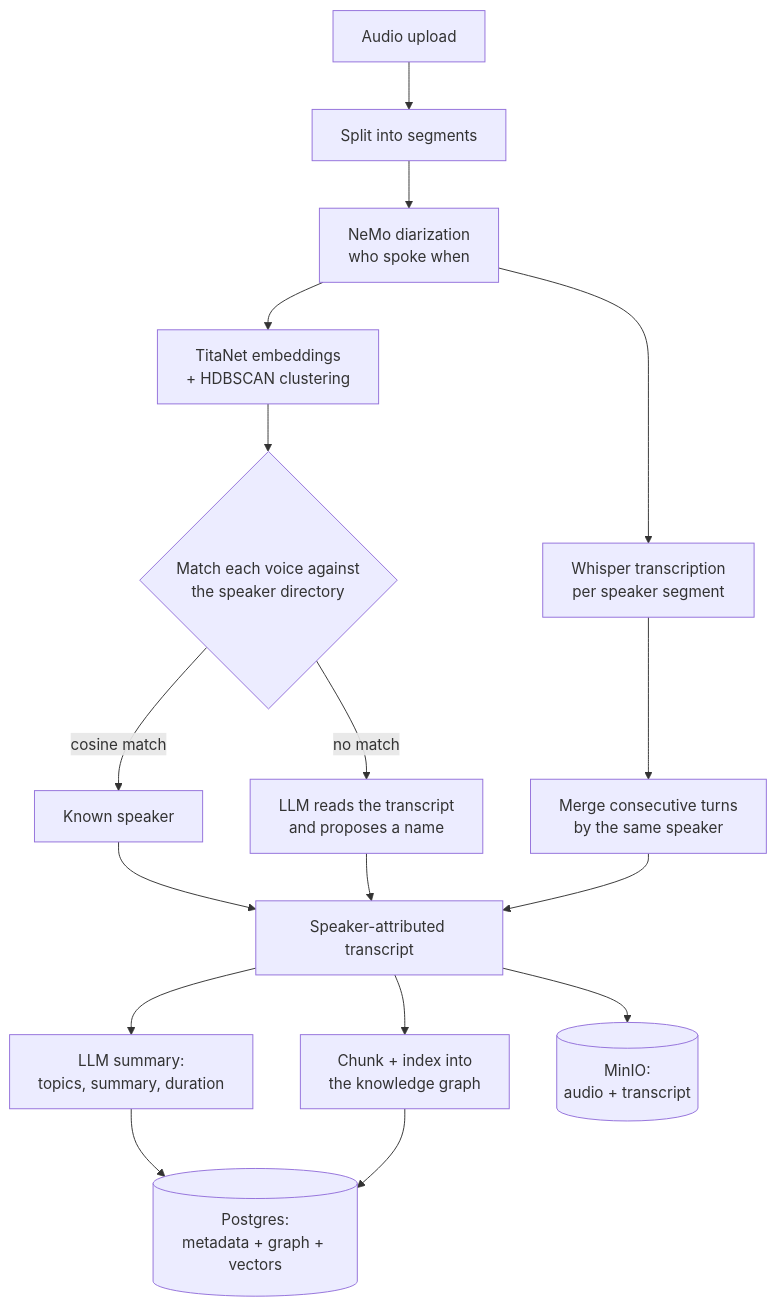
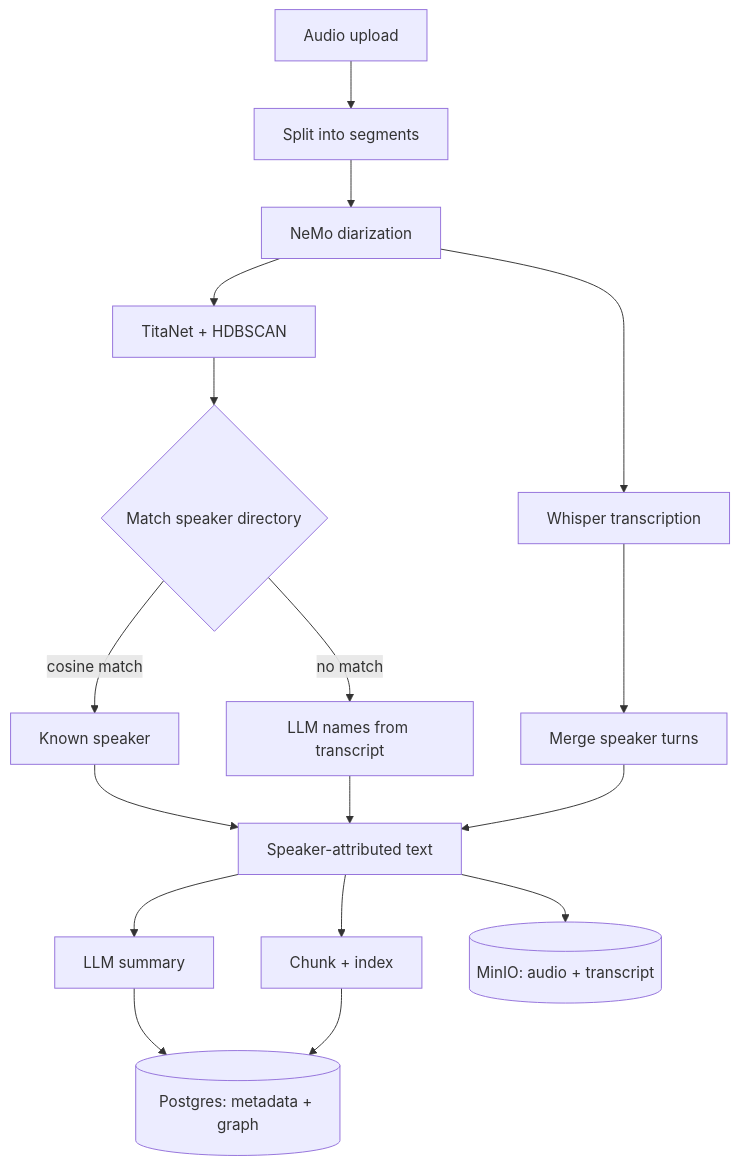
Before and after one commit to stojcheva-marija/LightRAG-Transcript-Pipeline: the first of 2 diagrams in README.md, drawn with Mermaid. The commit also changed other lines of this file, not shown here.

Commit message:
Fix clipped text in README mermaid diagrams
GitHub's mermaid renderer was truncating node labels that used <br/> for
manual line breaks -- confirmed the .mmd source itself was valid by
rendering it locally with mermaid-cli, where both diagrams displayed fully.
Shortened every label to fit on one line (verified via mermaid-cli that no
foreignObject wraps to a second line) instead of relying on <br/>.

````diff
--- a/README.md
+++ b/README.md
@@ -49,19 +49,19 @@
 ```mermaid
 flowchart TD
     A[Audio upload] --> B[Split into segments]
-    B --> C[NeMo diarization<br/>who spoke when]
-    C --> D[TitaNet embeddings<br/>+ HDBSCAN clustering]
-    D --> E{Match each voice against<br/>the speaker directory}
+    B --> C[NeMo diarization]
+    C --> D[TitaNet + HDBSCAN]
+    D --> E{Match speaker directory}
     E -->|cosine match| F[Known speaker]
-    E -->|no match| G[LLM reads the transcript<br/>and proposes a name]
-    C --> H[Whisper transcription<br/>per speaker segment]
-    H --> I[Merge consecutive turns<br/>by the same speaker]
-    F --> J[Speaker-attributed transcript]
+    E -->|no match| G[LLM names from transcript]
+    C --> H[Whisper transcription]
+    H --> I[Merge speaker turns]
+    F --> J[Speaker-attributed text]
     G --> J
     I --> J
-    J --> K[LLM summary:<br/>topics, summary, duration]
-    J --> L[Chunk + index into<br/>the knowledge graph]
-    K --> M[(Postgres:<br/>metadata + graph + vectors)]
+    J --> K[LLM summary]
+    J --> L[Chunk + index]
+    K --> M[(Postgres: metadata + graph)]
     L --> M
-    J --> N[(MinIO:<br/>audio + transcript)]
+    J --> N[(MinIO: audio + transcript)]
 ```
````
